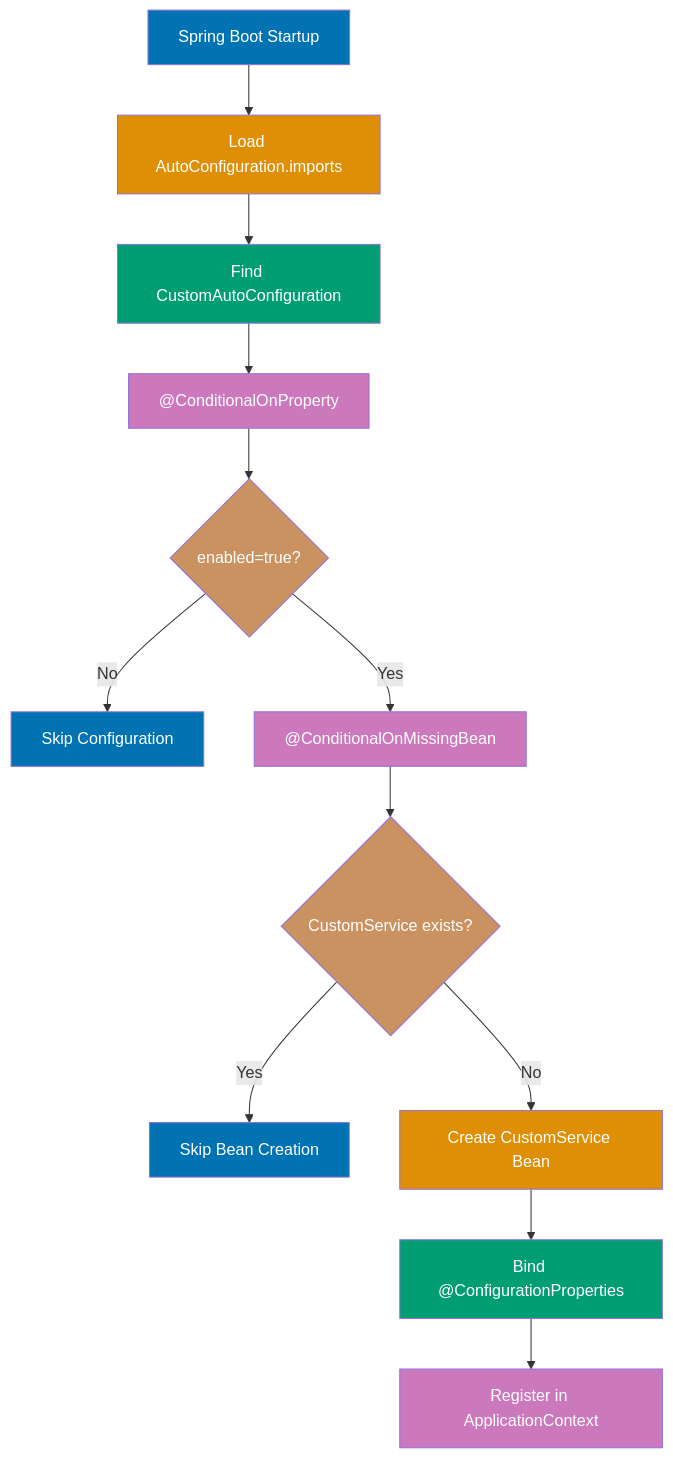
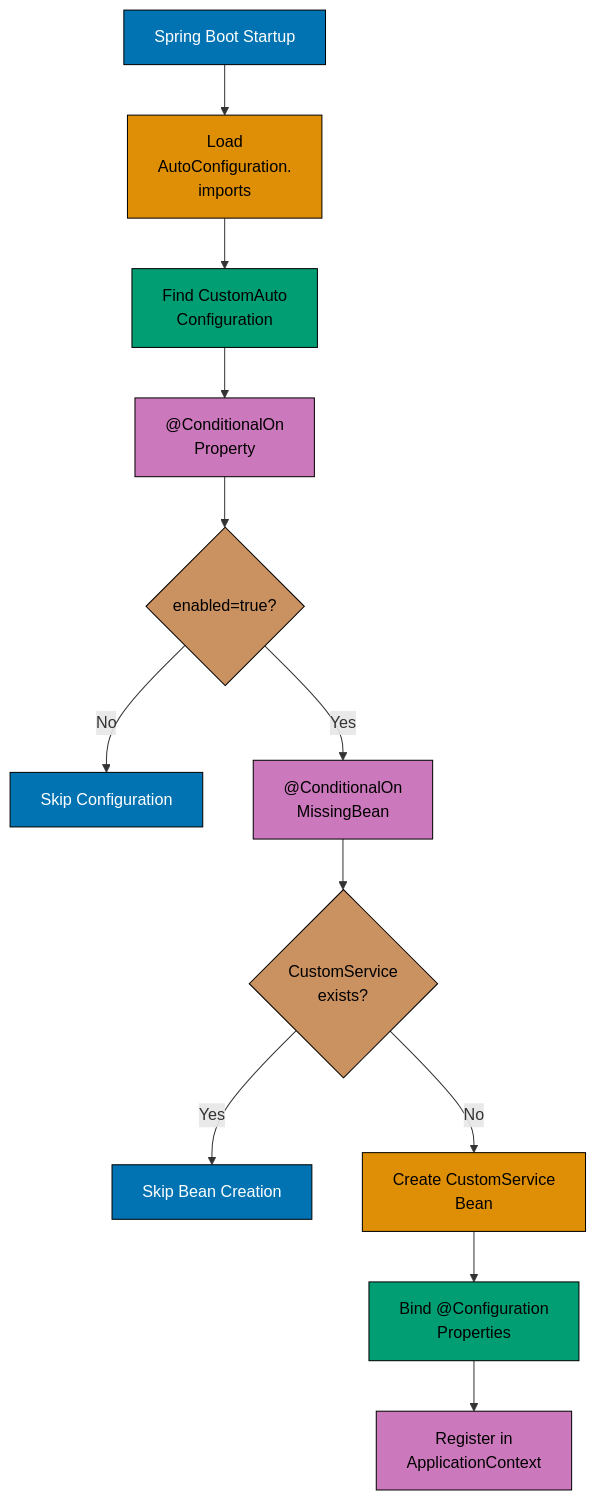
The seventh of 13 diagrams in apps/ayokoding-www/content/en/learn/legacy/software-engineering/platforms/web/tools/jvm-spring-boot/by-example/advanced.md (wahidyankf/ose-public), drawn with Mermaid before and after one commit. The commit also changed other lines of this file and 130 other files, not shown here.

First line of the commit message:
fix(mermaid): bring the legacy platforms diagrams onto the accessible palette

````diff
--- a/apps/ayokoding-www/content/en/learn/legacy/software-engineering/platforms/web/tools/jvm-spring-boot/by-example/advanced.md
+++ b/apps/ayokoding-www/content/en/learn/legacy/software-engineering/platforms/web/tools/jvm-spring-boot/by-example/advanced.md
@@ -2103,28 +2133,36 @@
 ```mermaid
 %% Color Palette: Blue #0173B2, Orange #DE8F05, Teal #029E73, Purple #CC78BC, Brown #CA9161
 graph TD
-    Start["Spring Boot Startup"] --> Load["Load AutoConfiguration.imports"]
-    Load --> Config["Find CustomAutoConfiguration"]
-    Config --> Check1["@ConditionalOnProperty"]
+    accTitle: Example 53: Custom Starter - Creating Reusable Auto-Configuration
+    accDescr: Graph with 12 nodes and 11 connections. Nodes: Spring Boot Startup, Load AutoConfiguration. imports, Find CustomAuto Configuration, @ConditionalOn Property, enabled=true?, Skip Configuration, @ConditionalOn MissingBean, CustomService exists?, Skip Bean Creation, Create CustomService Bean, Bind @Configuration Properties, Register in ApplicationContext. Connections: Spring Boot Startup to Load AutoConfiguration. imports, Load AutoConfiguration. imports to Find CustomAuto Configuration, Find CustomAuto Configuration to @ConditionalOn Property, @ConditionalOn Property to enabled=true?, enabled=true? to Skip Configuration (No), enabled=true? to @ConditionalOn MissingBean (Yes), @ConditionalOn MissingBean to CustomService exists?, CustomService exists? to Skip Bean Creation (Yes), CustomService exists? to Create CustomService Bean (No), Create CustomService Bean to Bind @Configuration Properties, Bind @Configuration Properties to Register in ApplicationContext.
+    Start["Spring Boot Startup"] --> Load["Load<br/>AutoConfiguration.<br/>imports"]
+    Load --> Config["Find CustomAuto<br/>Configuration"]
+    Config --> Check1["@ConditionalOn<br/>Property"]
     Check1 --> Eval1{enabled=true?}
     Eval1 -->|No| Skip1["Skip Configuration"]
-    Eval1 -->|Yes| Check2["@ConditionalOnMissingBean"]
-    Check2 --> Eval2{CustomService exists?}
+    Eval1 -->|Yes| Check2["@ConditionalOn<br/>MissingBean"]
+    Check2 --> Eval2{CustomService<br/>exists?}
     Eval2 -->|Yes| Skip2["Skip Bean Creation"]
-    Eval2 -->|No| Create["Create CustomService Bean"]
-    Create --> Props["Bind @ConfigurationProperties"]
-    Props --> Register["Register in ApplicationContext"]
+    Eval2 -->|No| Create["Create CustomService<br/>Bean"]
+    Create --> Props["Bind @Configuration<br/>Properties"]
+    Props --> Register["Register in<br/>ApplicationContext"]
 
-    style Start fill:#0173B2,color:#fff
-    style Load fill:#DE8F05,color:#fff
-    style Config fill:#029E73,color:#fff
-    style Check1 fill:#CC78BC,color:#fff
-    style Eval1 fill:#CA9161,color:#fff
-    style Check2 fill:#CC78BC,color:#fff
-    style Eval2 fill:#CA9161,color:#fff
-    style Skip1 fill:#0173B2,color:#fff
-    style Skip2 fill:#0173B2,color:#fff
-    style Create fill:#DE8F05,color:#fff
-    style Props fill:#029E73,color:#fff
-    style Register fill:#CC78BC,color:#fff
+    classDef pal-0173B2 fill:#0173B2,stroke:#000000,color:#FFFFFF
+    class Start pal-0173B2
+    classDef pal-DE8F05 fill:#DE8F05,stroke:#000000,color:#000000
+    class Load pal-DE8F05
+    classDef pal-029E73 fill:#029E73,stroke:#000000,color:#000000
+    class Config pal-029E73
+    classDef pal-CC78BC fill:#CC78BC,stroke:#000000,color:#000000
+    class Check1 pal-CC78BC
+    classDef pal-CA9161 fill:#CA9161,stroke:#000000,color:#000000
+    class Eval1 pal-CA9161
+    class Check2 pal-CC78BC
+    class Eval2 pal-CA9161
+    class Skip1 pal-0173B2
+    class Skip2 pal-0173B2
+    class Create pal-DE8F05
+    class Props pal-029E73
+    class Register pal-CC78BC
+    classDef default fill:#FFFFFF,stroke:#000000,color:#000000
 ```
````
